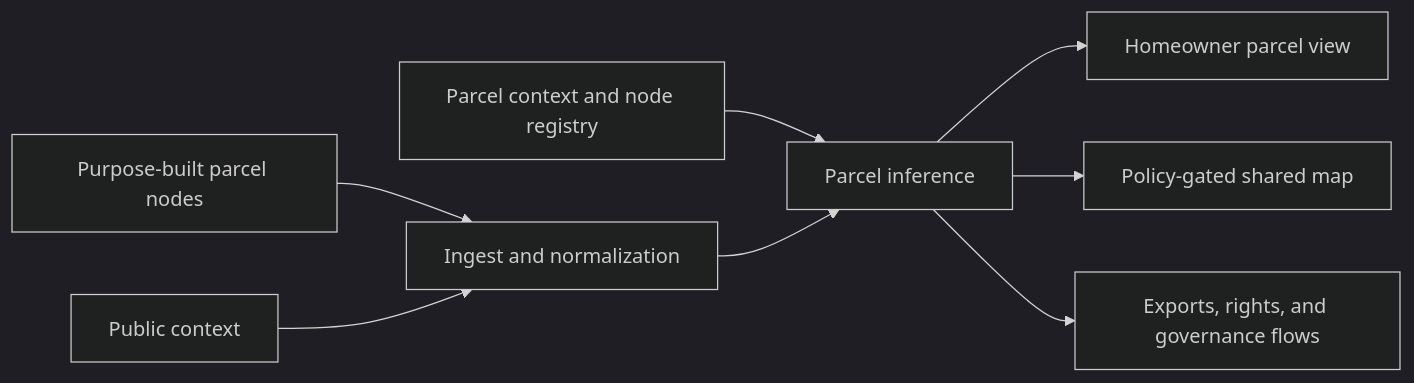
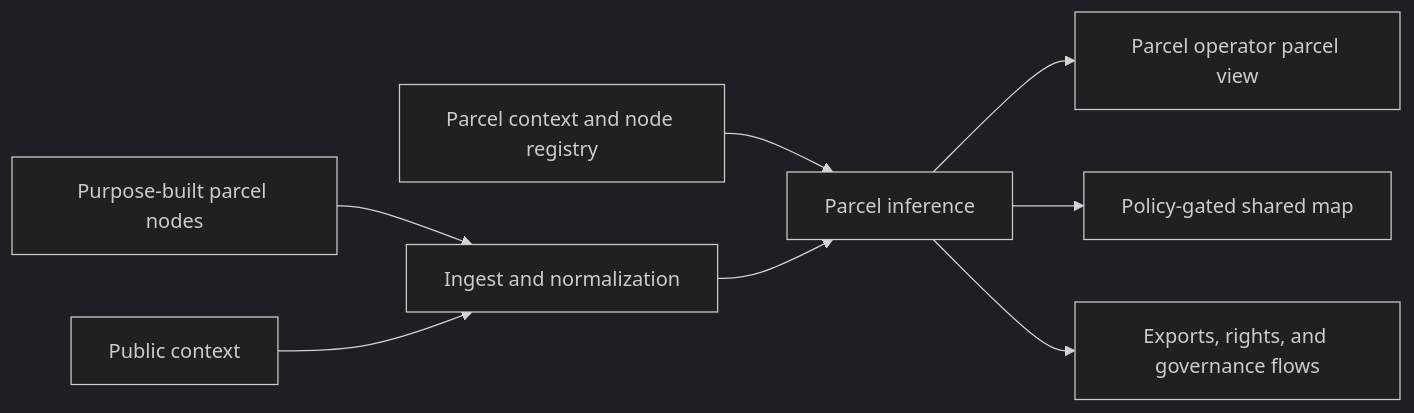
The first of 6 diagrams in media/diagrams/prototype-integration-diagram-pack.md (lumenaut-llc/oesis-program-specs), drawn with Mermaid (dark theme) before and after one commit. The commit also changed other lines of this file and 114 other files, not shown here.

````diff
--- a/media/diagrams/prototype-integration-diagram-pack.md
+++ b/media/diagrams/prototype-integration-diagram-pack.md
@@ -36,10 +36,10 @@
 ```mermaid
 flowchart LR
     A["Purpose-built parcel nodes"] --> B["Ingest and normalization"]
     P["Public context"] --> B
     C["Parcel context and node registry"] --> D["Parcel inference"]
     B --> D
-    D --> E["Homeowner parcel view"]
+    D --> E["Parcel operator parcel view"]
     D --> F["Policy-gated shared map"]
     D --> G["Exports, rights, and governance flows"]
 ```
````
